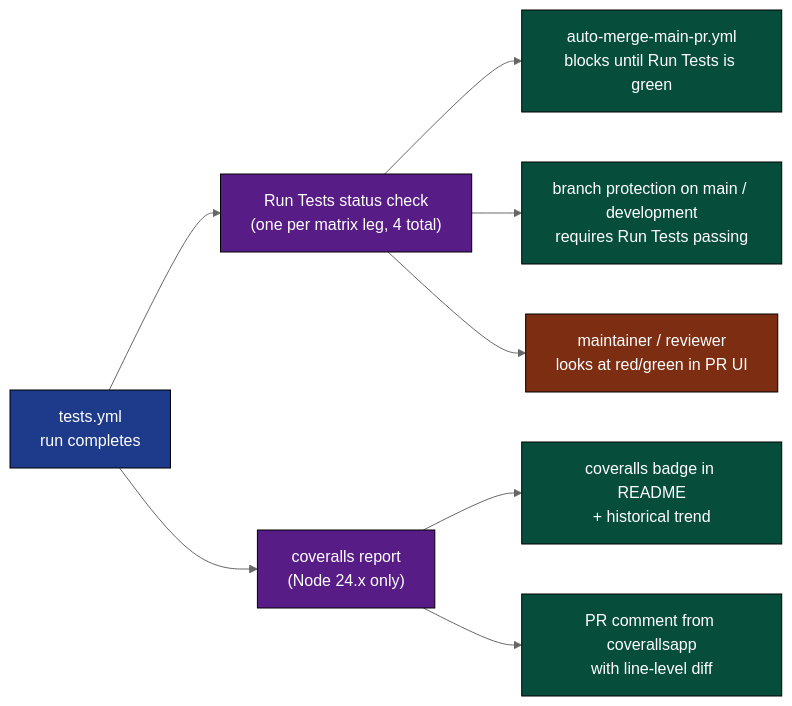
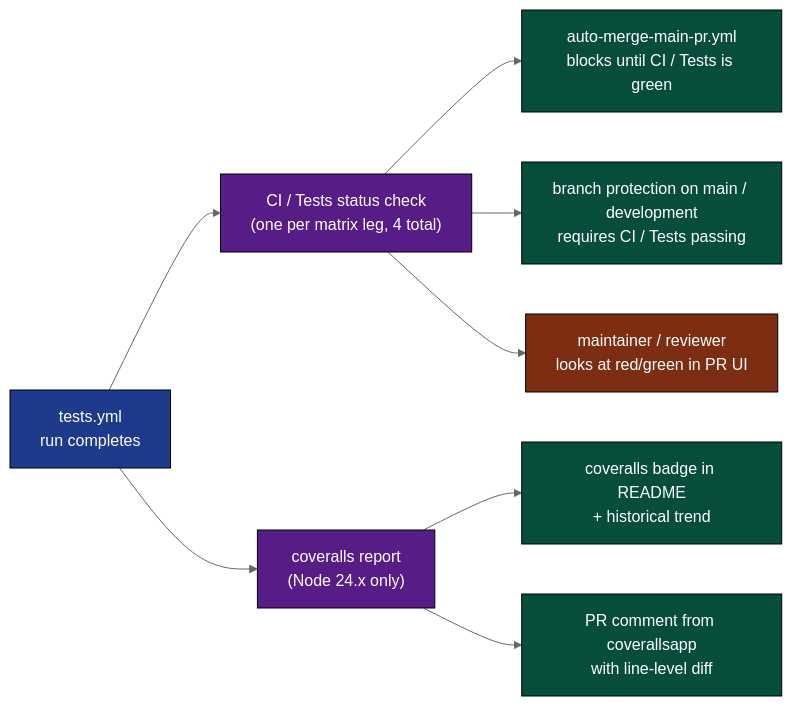
The seventh of 9 diagrams in .github/docs/TESTS_DEEP_DIVE.md (gregreindel/llm-exe), drawn with Mermaid (neutral theme) before and after one commit. The commit also changed other lines of this file and 5 other files, not shown here.

````diff
--- a/.github/docs/TESTS_DEEP_DIVE.md
+++ b/.github/docs/TESTS_DEEP_DIVE.md
@@ -271,19 +273,19 @@
 ```mermaid
 flowchart LR
     classDef src fill:#1e3a8a,color:#fff,stroke:#000
     classDef out fill:#581c87,color:#fff,stroke:#000
     classDef cons fill:#064e3b,color:#fff,stroke:#000
     classDef human fill:#7c2d12,color:#fff,stroke:#000
 
     TST["tests.yml\nrun completes"]:::src
 
-    TST --> O1["Run Tests status check\n(one per matrix leg, 4 total)"]:::out
+    TST --> O1["CI / Tests status check\n(one per matrix leg, 4 total)"]:::out
     TST --> O2["coveralls report\n(Node 24.x only)"]:::out
 
-    O1 --> C1["auto-merge-main-pr.yml\nblocks until Run Tests is green"]:::cons
-    O1 --> C2["branch protection on main / development\nrequires Run Tests passing"]:::cons
+    O1 --> C1["auto-merge-main-pr.yml\nblocks until CI / Tests is green"]:::cons
+    O1 --> C2["branch protection on main / development\nrequires CI / Tests passing"]:::cons
     O1 --> C3["maintainer / reviewer\nlooks at red/green in PR UI"]:::human
 
     O2 --> C4["coveralls badge in README\n+ historical trend"]:::cons
     O2 --> C5["PR comment from coverallsapp\nwith line-level diff"]:::cons
 ```
````
